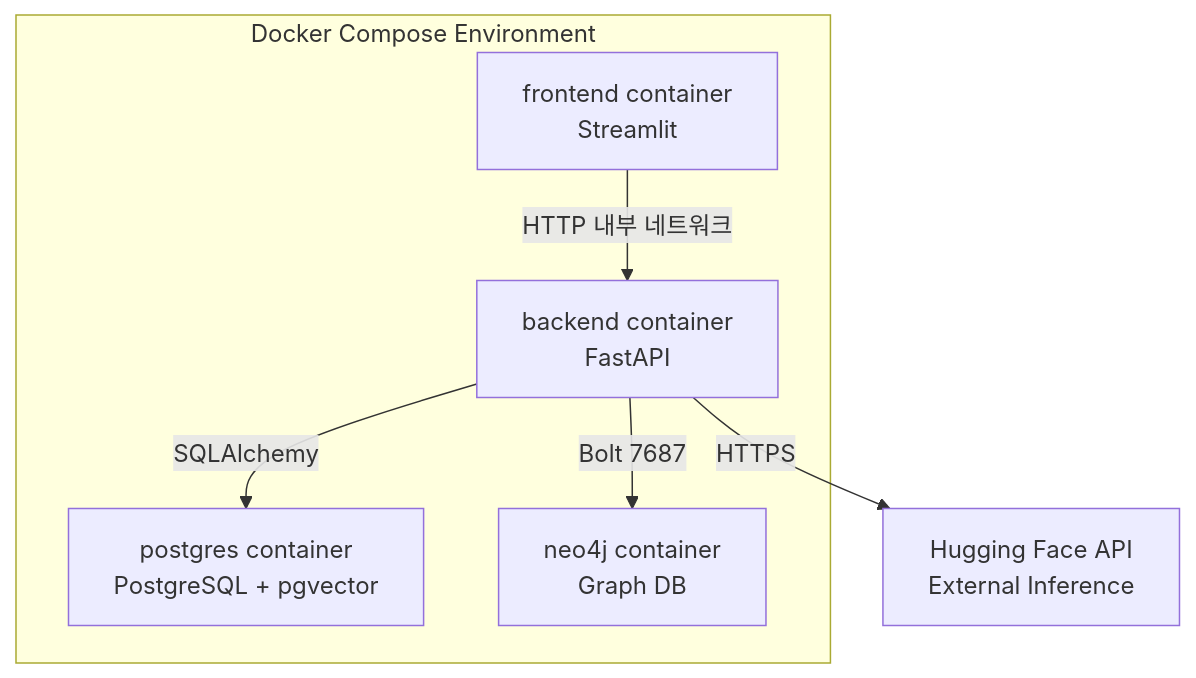
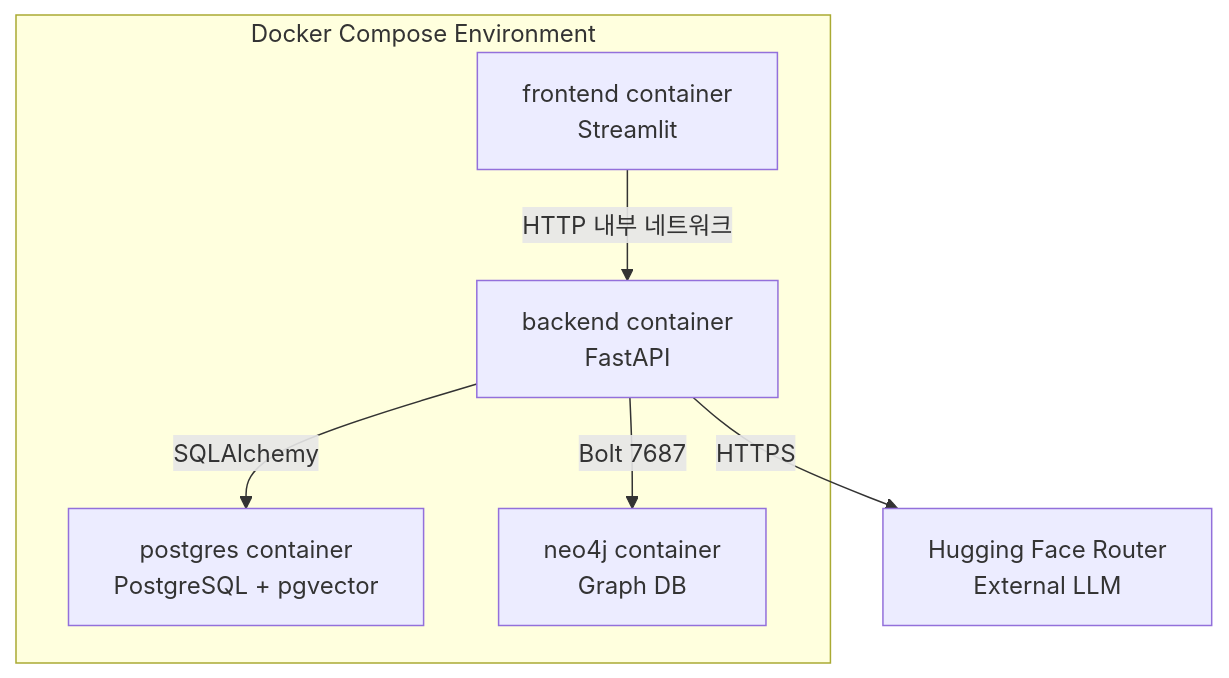
One commit to SKNETWORKS-FAMILY-AICAMP/SKN27-3rd-3TEAM changed the fifth of 5 diagrams in docs/팀빌딩/06_시스템아키텍처구성도.md. Above: the diagram before and after it, drawn with Mermaid. The commit also changed other lines of this file and 6 other files, not shown here.

````diff
--- a/docs/팀빌딩/06_시스템아키텍처구성도.md
+++ b/docs/팀빌딩/06_시스템아키텍처구성도.md
@@ -246,16 +248,16 @@
 ```mermaid
 flowchart TD
     subgraph DOCKER["Docker Compose Environment"]
         FRONT["frontend container<br/>Streamlit"]
         BACK["backend container<br/>FastAPI"]
         POSTGRES["postgres container<br/>PostgreSQL + pgvector"]
         NEO4J["neo4j container<br/>Graph DB"]
     end
 
-    HF["Hugging Face API<br/>External Inference"]
+    HF["Hugging Face Router<br/>External LLM"]
 
     FRONT -->|"HTTP 내부 네트워크"| BACK
     BACK -->|"SQLAlchemy"| POSTGRES
     BACK -->|"Bolt 7687"| NEO4J
     BACK -->|"HTTPS"| HF
 ```
````
